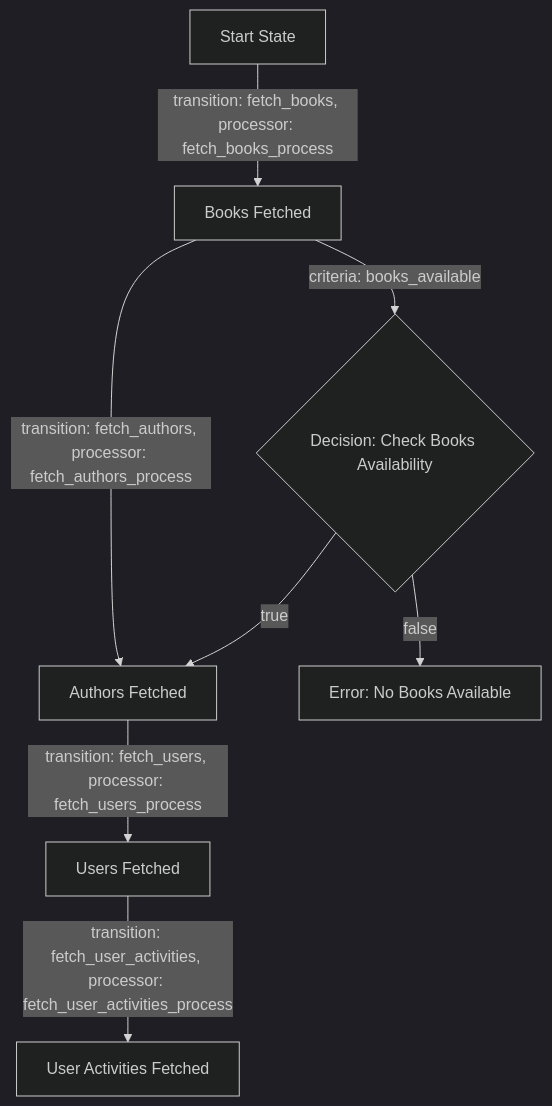
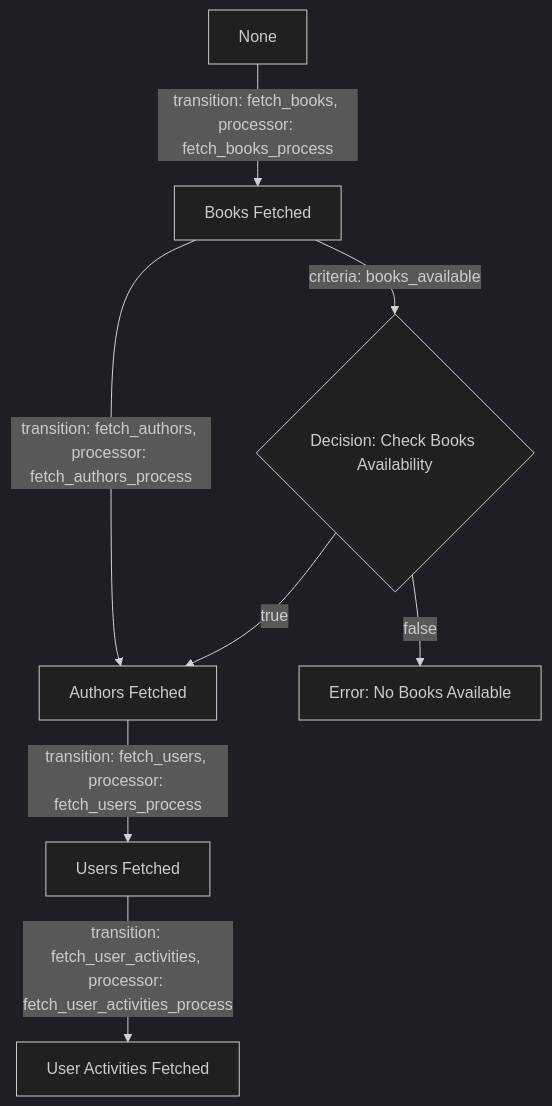
The first of 3 diagrams in entity/app_design_prd.md (Cyoda-platform/quart-client-template), drawn with Mermaid (dark theme) before and after one commit.

````diff
--- a/entity/app_design_prd.md
+++ b/entity/app_design_prd.md
@@ -46,14 +46,14 @@
 ```mermaid
 flowchart TD
-    A[Start State] -->|transition: fetch_books, processor: fetch_books_process| B[Books Fetched]
+    A[None] -->|transition: fetch_books, processor: fetch_books_process| B[Books Fetched]
     B -->|transition: fetch_authors, processor: fetch_authors_process| C[Authors Fetched]
     C -->|transition: fetch_users, processor: fetch_users_process| D[Users Fetched]
     D -->|transition: fetch_user_activities, processor: fetch_user_activities_process| E[User Activities Fetched]
 
     %% Decision point for criteria
     B -->|criteria: books_available| D1{Decision: Check Books Availability}
     D1 -->|true| C
     D1 -->|false| E1[Error: No Books Available]
 
     class A,B,C,D,E,D1,E1 automated;
 ```
````
